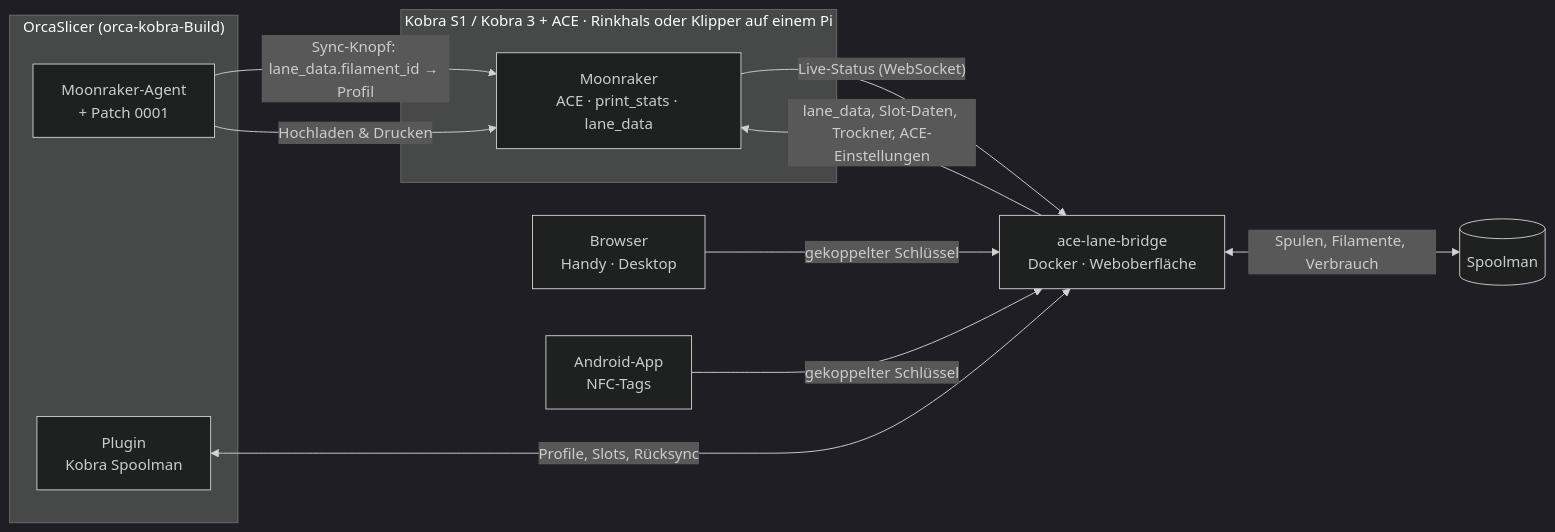
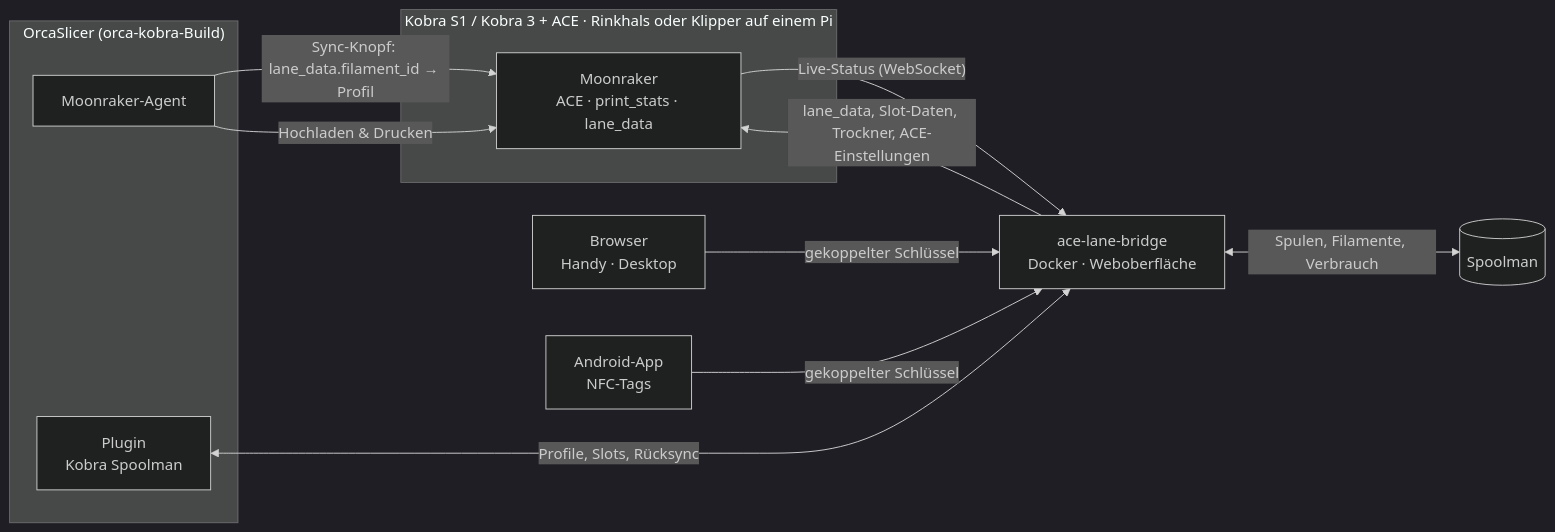
One commit to xNoVoSx/kobra-spoolman changed the diagram in README.de.md. Above: the diagram before and after it, drawn with Mermaid (dark theme). The commit also changed other lines of this file and 6 other files, not shown here.

````diff
--- a/README.de.md
+++ b/README.de.md
@@ -79,23 +79,23 @@
 ```mermaid
 flowchart LR
     subgraph Printer["Kobra S1 / Kobra 3 + ACE · Rinkhals oder Klipper auf einem Pi"]
         MR[Moonraker<br/>ACE · print_stats · lane_data]
     end
     SM[(Spoolman)]
     BR[ace-lane-bridge<br/>Docker · Weboberfläche]
     subgraph PC["OrcaSlicer (orca-kobra-Build)"]
-        AG[Moonraker-Agent<br/>+ Patch 0001]
+        AG[Moonraker-Agent]
         PL[Plugin<br/>Kobra Spoolman]
     end
     Web[Browser<br/>Handy · Desktop]
     App[Android-App<br/>NFC-Tags]
 
     MR -- "Live-Status (WebSocket)" --> BR
     BR -- "lane_data, Slot-Daten, Trockner, ACE-Einstellungen" --> MR
     BR <-->|"Spulen, Filamente, Verbrauch"| SM
     Web -- "gekoppelter Schlüssel" --> BR
     App -- "gekoppelter Schlüssel" --> BR
     PL <-->|"Profile, Slots, Rücksync"| BR
     AG -- "Sync-Knopf: lane_data.filament_id → Profil" --> MR
     AG -- "Hochladen & Drucken" --> MR
 ```
````
